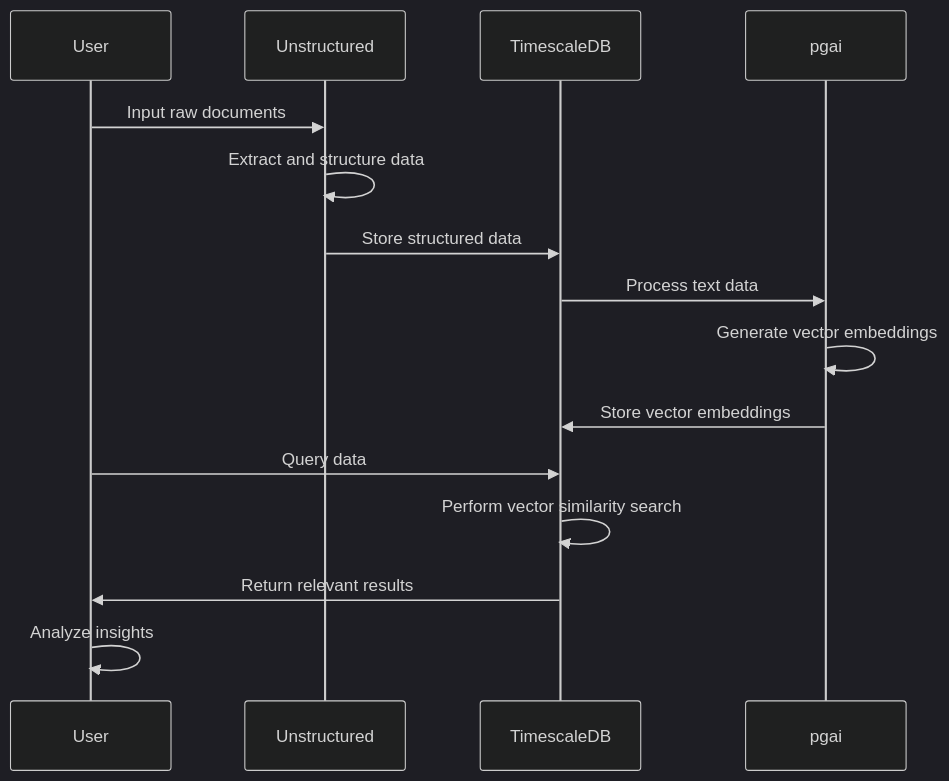
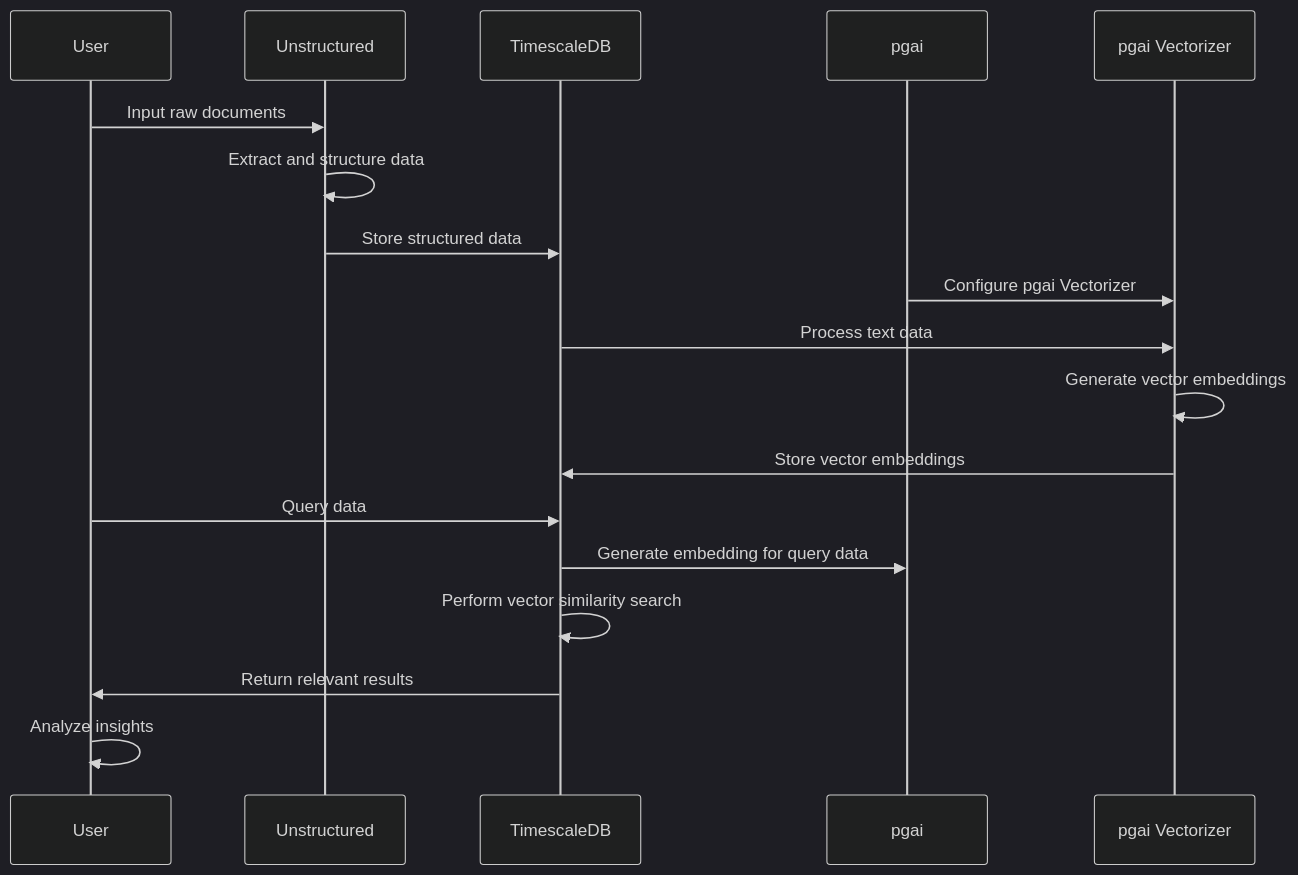
The diagram in README.md (timescale/unstructured-pgai-example), drawn with Mermaid (dark theme) before and after one commit.

Commit message:
Updated Workflow Diagram

````diff
--- a/README.md
+++ b/README.md
@@ -9,18 +9,21 @@
 ```mermaid
 sequenceDiagram
     participant U as User
     participant S as Unstructured
     participant T as TimescaleDB
     participant P as pgai
+    participant O as pgai Vectorizer
 
     U->>S: Input raw documents
     S->>S: Extract and structure data
     S->>T: Store structured data
-    T->>P: Process text data
-    P->>P: Generate vector embeddings
-    P->>T: Store vector embeddings
+    P->>O: Configure pgai Vectorizer
+    T->>O: Process text data
+    O->>O: Generate vector embeddings
+    O->>T: Store vector embeddings
     U->>T: Query data
+    T->>P: Generate embedding for query data
     T->>T: Perform vector similarity search
     T->>U: Return relevant results
     U->>U: Analyze insights
 ```
````
